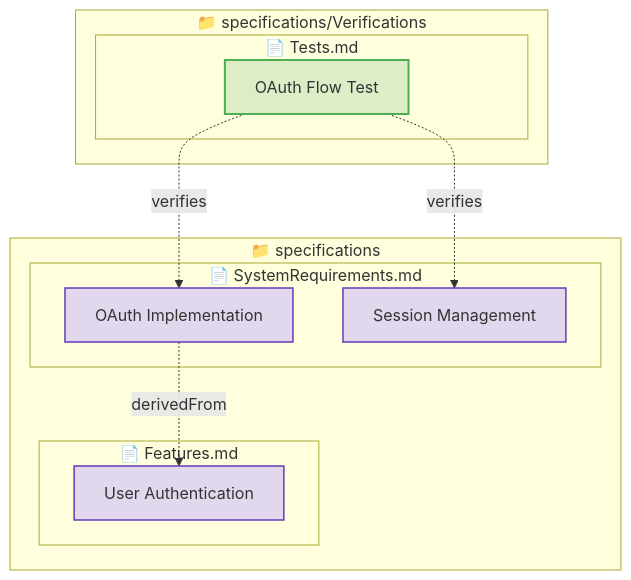
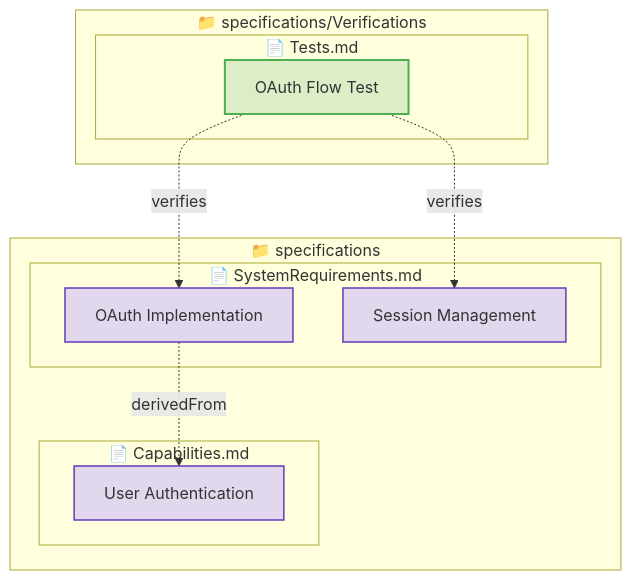
One commit to reqvire-org/reqvire changed the first of 6 diagrams in tests/test-verification-traces/expected/expected_output.md. Above: the diagram before and after it, drawn with Mermaid. The commit also changed other lines of this file and 502 other files, not shown here.

````diff
--- a/tests/test-verification-traces/expected/expected_output.md
+++ b/tests/test-verification-traces/expected/expected_output.md
@@ -9,32 +9,32 @@
 ```mermaid
 graph TD
-  classDef feature fill:#BBDEFB,stroke:#1976D2,stroke-width:2.5px;
+  classDef capability fill:#BBDEFB,stroke:#1976D2,stroke-width:2.5px;
   classDef systemRequirement fill:#E1D8EE,stroke:#673AB7,stroke-width:1.5px;
   classDef requirement fill:#ECEFF1,stroke:#673AB7,stroke-width:1.5px;
   classDef verification fill:#DCEDC8,stroke:#4CAF50,stroke-width:2px;
   classDef folder fill:#FAFAFA,stroke:#9E9E9E,stroke-width:3px;
   classDef file fill:#FFF8E1,stroke:#FFCA28,stroke-width:2px;
   classDef default fill:#F5F5F5,stroke:#424242,stroke-width:1.5px;
 
   subgraph 9d68b769fcbc79d0["📁 specifications"]
-    subgraph 52b96646352f3ec7["📄 Features.md"]
-      dd5e1b9d53160cae["User Authentication"]:::systemRequirement
-      click dd5e1b9d53160cae "specifications/Features.md#user-authentication";
+    subgraph afe26fd45621e6a["📄 Capabilities.md"]
+      89e6986f717d1015["User Authentication"]:::systemRequirement
+      click 89e6986f717d1015 "specifications/Capabilities.md#user-authentication";
     end
     subgraph 77808752d543f615["📄 SystemRequirements.md"]
       ffaaccb9d15d971b["OAuth Implementation"]:::systemRequirement
       click ffaaccb9d15d971b "specifications/SystemRequirements.md#oauth-implementation";
       91839b1de28f4dab["Session Management"]:::systemRequirement
       click 91839b1de28f4dab "specifications/SystemRequirements.md#session-management";
     end
   end
   subgraph 9f0649e759bd2822["📁 specifications/Verifications"]
     subgraph 7d9dffd79ed1d5b8["📄 Tests.md"]
       b4db26cf905cd9cb["OAuth Flow Test"]:::verification
       click b4db26cf905cd9cb "specifications/Verifications/Tests.md#oauth-flow-test";
     end
   end
   b4db26cf905cd9cb -.->|verifies| ffaaccb9d15d971b;
   b4db26cf905cd9cb -.->|verifies| 91839b1de28f4dab;
-  ffaaccb9d15d971b -.->|derivedFrom| dd5e1b9d53160cae;
+  ffaaccb9d15d971b -.->|derivedFrom| 89e6986f717d1015;
 ```
````
